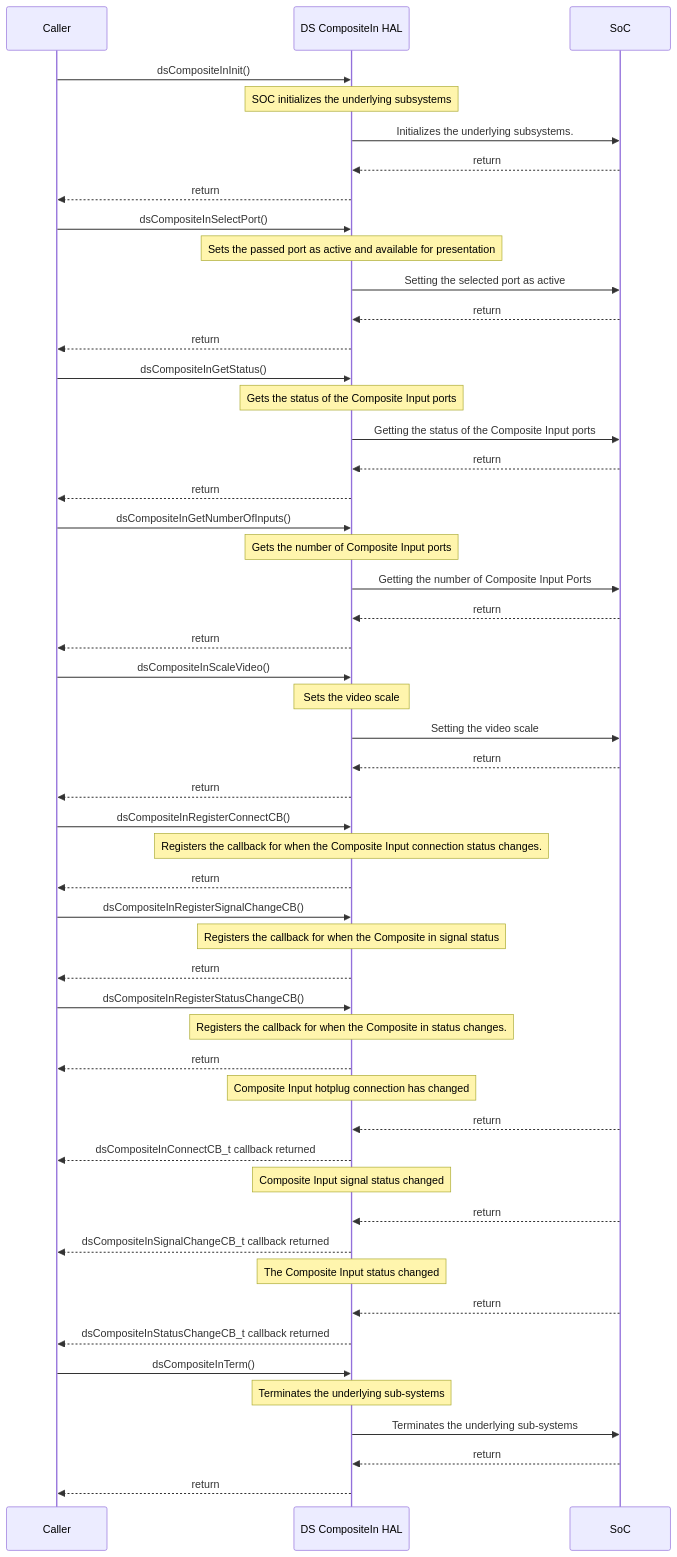
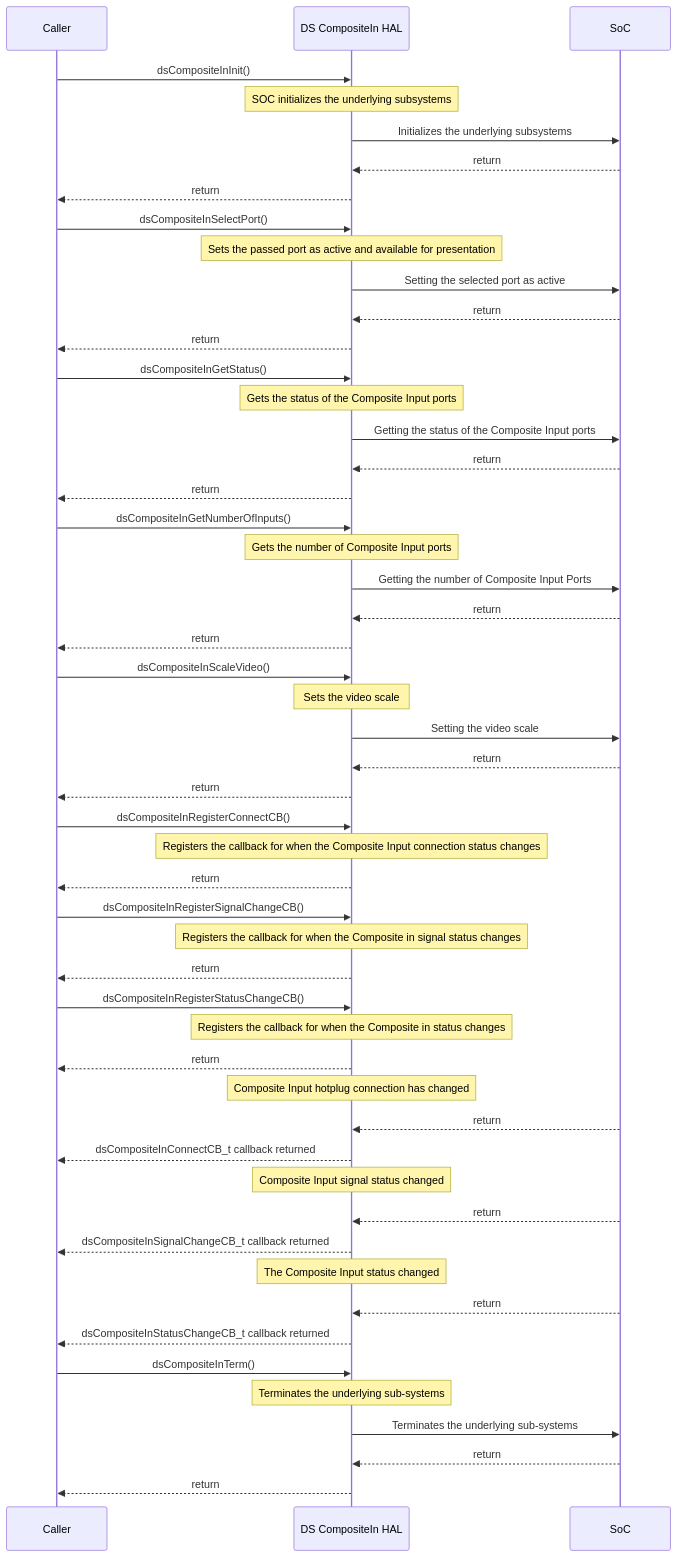
One commit to rdkcentral/rdk-halif-device_settings changed the second of 2 diagrams in docs/pages/ds-composite-in_halSpec.md. Above: the diagram before and after it, drawn with Mermaid.

Commit message:
update dsCompositeIn halspec

````diff
--- a/docs/pages/ds-composite-in_halSpec.md
+++ b/docs/pages/ds-composite-in_halSpec.md
@@ -173,55 +173,55 @@
 ```mermaid
 %%{ init : { "theme" : "default", "flowchart" : { "curve" : "stepBefore" }}}%%
    sequenceDiagram
     participant Caller as Caller
     participant HAL as DS CompositeIn HAL
     participant Driver as SoC
     Caller->>HAL:dsCompositeInInit()
     Note over HAL: SOC initializes the underlying subsystems
-    HAL->>Driver:Initializes the underlying subsystems.
+    HAL->>Driver:Initializes the underlying subsystems
     Driver-->>HAL:return
     HAL-->>Caller:return
     Caller->>HAL:dsCompositeInSelectPort()
     Note over HAL: Sets the passed port as active and available for presentation
     HAL->>Driver:Setting the selected port as active
     Driver-->>HAL:return
     HAL-->>Caller:return
     Caller->>HAL:dsCompositeInGetStatus()
     Note over HAL: Gets the status of the Composite Input ports
     HAL->>Driver:Getting the status of the Composite Input ports
     Driver-->>HAL:return
     HAL-->>Caller:return
     Caller->>HAL:dsCompositeInGetNumberOfInputs()
     Note over HAL: Gets the number of Composite Input ports
     HAL->>Driver:Getting the number of Composite Input Ports
     Driver-->>HAL:return
     HAL-->>Caller:return
     Caller->>HAL:dsCompositeInScaleVideo()
     Note over HAL: Sets the video scale
     HAL->>Driver:Setting the video scale
     Driver-->>HAL:return
     HAL-->>Caller:return
     Caller->>HAL:dsCompositeInRegisterConnectCB()
-    Note over HAL: Registers the callback for when the Composite Input connection status changes.
+    Note over HAL: Registers the callback for when the Composite Input connection status changes
     HAL-->>Caller:return
     Caller->>HAL:dsCompositeInRegisterSignalChangeCB()
-    Note over HAL: Registers the callback for when the Composite in signal status 
+    Note over HAL: Registers the callback for when the Composite in signal status changes
     HAL-->>Caller:return
     Caller->>HAL:dsCompositeInRegisterStatusChangeCB()
-    Note over HAL: Registers the callback for when the Composite in status changes.
+    Note over HAL: Registers the callback for when the Composite in status changes
     HAL-->>Caller:return
     Note over HAL: Composite Input hotplug connection has changed
     Driver-->>HAL:return
     HAL-->>Caller:dsCompositeInConnectCB_t callback returned
     Note over HAL: Composite Input signal status changed
     Driver-->>HAL:return
     HAL-->>Caller:dsCompositeInSignalChangeCB_t callback returned
     Note over HAL: The Composite Input status changed
     Driver-->>HAL:return
     HAL-->>Caller:dsCompositeInStatusChangeCB_t callback returned
     Caller ->>HAL:dsCompositeInTerm()
     Note over HAL: Terminates the underlying sub-systems
     HAL->>Driver:Terminates the underlying sub-systems
     Driver-->>HAL:return
     HAL-->>Caller:return
  ```
````
